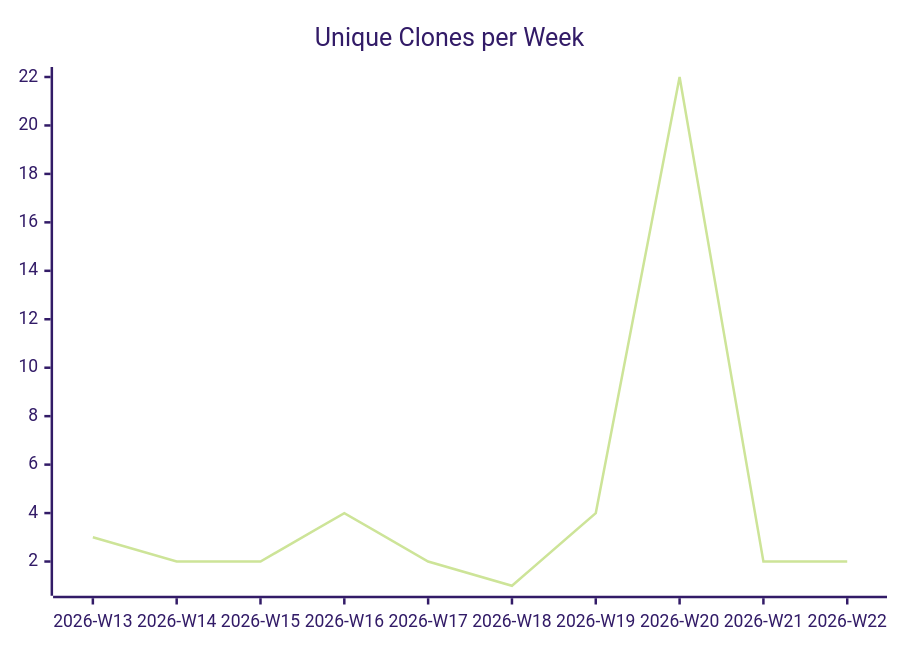
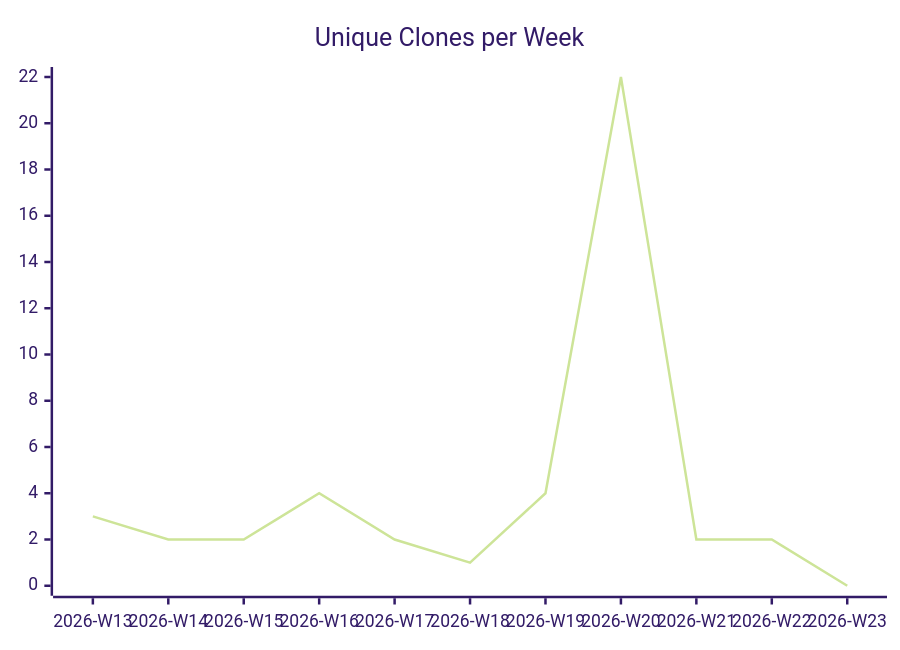
One commit to justdavis-family/github-analytics-data changed the third of 3 diagrams in karlmdavis/ansible-role-rcm-dotfiles/README.md. Above: the diagram before and after it, drawn with Mermaid (forest theme). The commit also changed other lines of this file and 186 other files, not shown here.

````diff
--- a/karlmdavis/ansible-role-rcm-dotfiles/README.md
+++ b/karlmdavis/ansible-role-rcm-dotfiles/README.md
@@ -19,6 +19,6 @@
 ```mermaid
 xychart-beta
   title "Unique Clones per Week"
-  x-axis ["2026-W13", "2026-W14", "2026-W15", "2026-W16", "2026-W17", "2026-W18", "2026-W19", "2026-W20", "2026-W21", "2026-W22"]
-  line [3, 2, 2, 4, 2, 1, 4, 22, 2, 2]
+  x-axis ["2026-W13", "2026-W14", "2026-W15", "2026-W16", "2026-W17", "2026-W18", "2026-W19", "2026-W20", "2026-W21", "2026-W22", "2026-W23"]
+  line [3, 2, 2, 4, 2, 1, 4, 22, 2, 2, 0]
 ```
````
